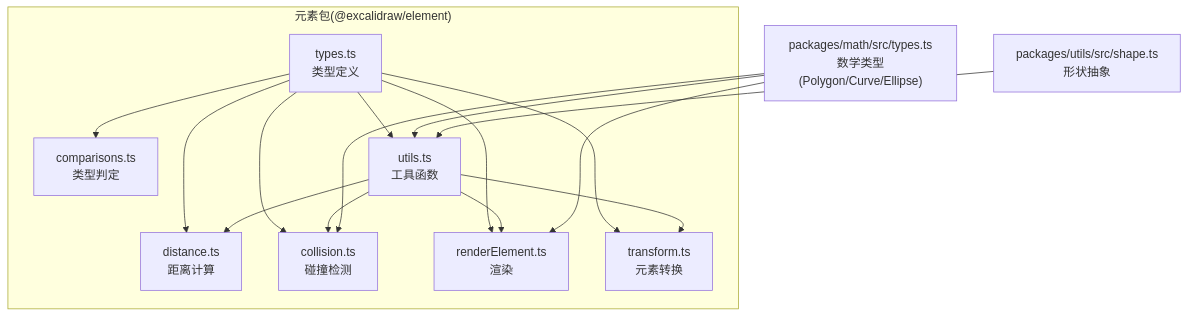
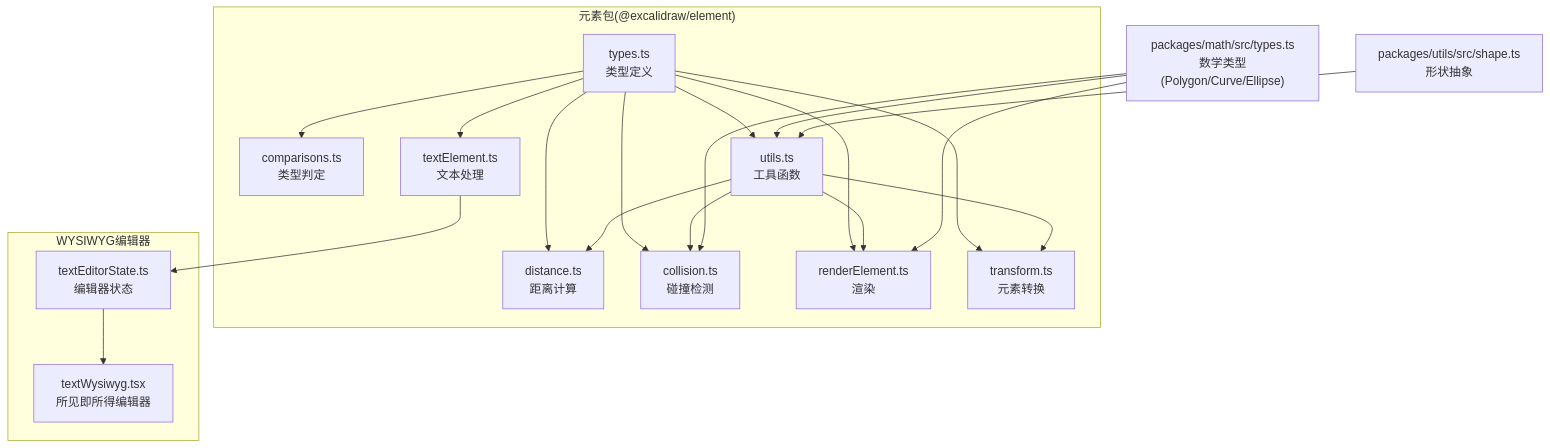
Before and after one commit to Az-qianchen/Excalidraw: the first of 13 diagrams in .qoder/repowiki/zh/content/API 参考/元素 API.md, drawn with Mermaid. The commit also changed other lines of this file and 14 other files, not shown here.

````diff
--- a/.qoder/repowiki/zh/content/API 参考/元素 API.md
+++ b/.qoder/repowiki/zh/content/API 参考/元素 API.md
@@ -49,28 +61,36 @@
 ```mermaid
 graph TB
 subgraph "元素包(@excalidraw/element)"
 T["types.ts<br/>类型定义"]
 C["comparisons.ts<br/>类型判定"]
 D["distance.ts<br/>距离计算"]
 L["collision.ts<br/>碰撞检测"]
 U["utils.ts<br/>工具函数"]
 R["renderElement.ts<br/>渲染"]
 TR["transform.ts<br/>元素转换"]
+TE["textElement.ts<br/>文本处理"]
+end
+subgraph "WYSIWYG编辑器"
+TES["textEditorState.ts<br/>编辑器状态"]
+TWT["textWysiwyg.tsx<br/>所见即所得编辑器"]
 end
 M["packages/math/src/types.ts<br/>数学类型(Polygon/Curve/Ellipse)"]
 S["packages/utils/src/shape.ts<br/>形状抽象"]
 T --> C
 T --> D
 T --> L
 T --> U
 T --> R
 T --> TR
+T --> TE
 U --> L
 U --> D
 U --> R
 U --> TR
+TE --> TES
+TES --> TWT
 M --> U
 M --> L
 M --> R
 S --> U
 ```
````
